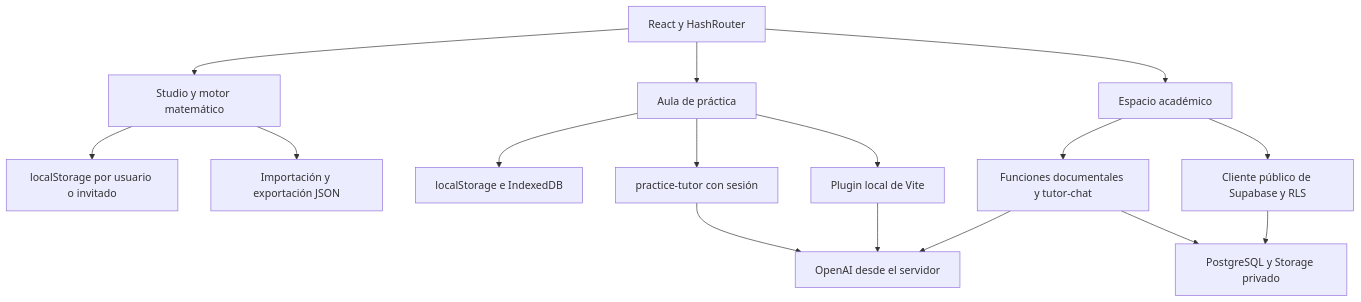
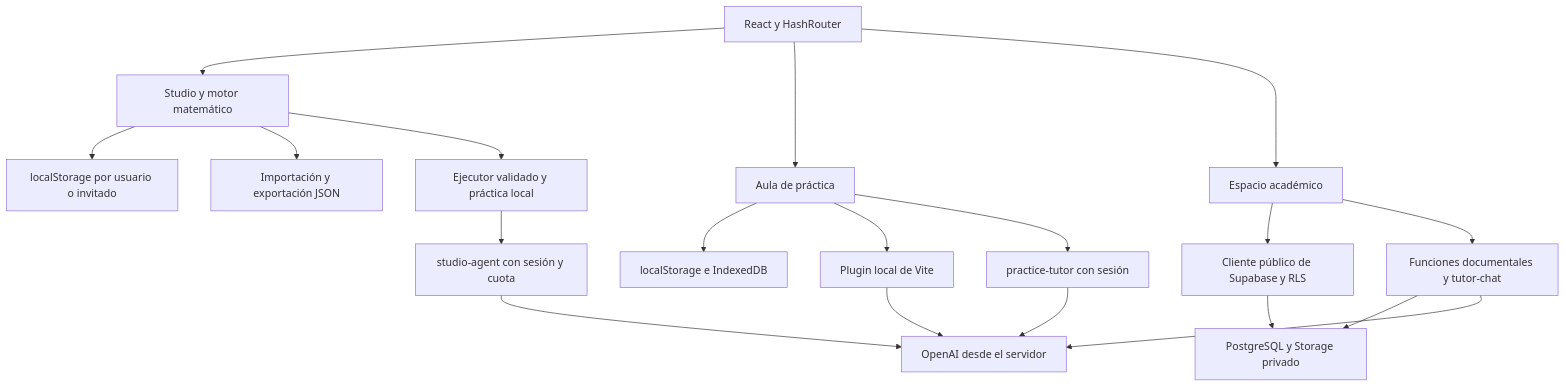
The diagram in docs/architecture/overview.md (dppablito4-oss/fontex-web), drawn with Mermaid before and after one commit. The commit also changed other lines of this file and 37 other files, not shown here.

````diff
--- a/docs/architecture/overview.md
+++ b/docs/architecture/overview.md
@@ -9,18 +9,21 @@
 ```mermaid
 flowchart TD
     App[React y HashRouter] --> Studio[Studio y motor matemático]
     App --> Practice[Aula de práctica]
     App --> Academic[Espacio académico]
     Studio --> Local[localStorage por usuario o invitado]
     Studio --> JSON[Importación y exportación JSON]
+    Studio --> Agent[Ejecutor validado y práctica local]
+    Agent --> AgentAPI[studio-agent con sesión y cuota]
+    AgentAPI --> AI
     Practice --> Progress[localStorage e IndexedDB]
     Practice --> LocalAPI[Plugin local de Vite]
     Practice --> PracticeAPI[practice-tutor con sesión]
     Academic --> Client[Cliente público de Supabase y RLS]
     Academic --> Edge[Funciones documentales y tutor-chat]
     Client --> DB[PostgreSQL y Storage privado]
     Edge --> DB
     Edge --> AI[OpenAI desde el servidor]
     LocalAPI --> AI
     PracticeAPI --> AI
 ```
````
